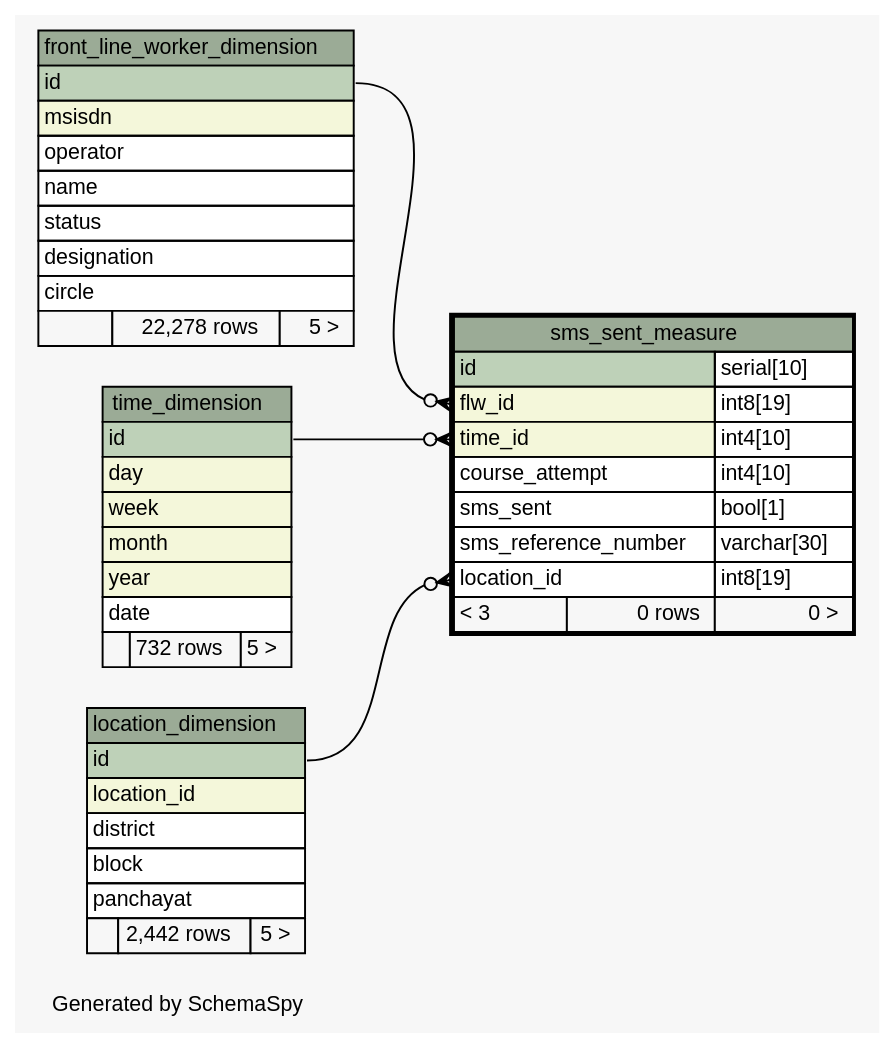
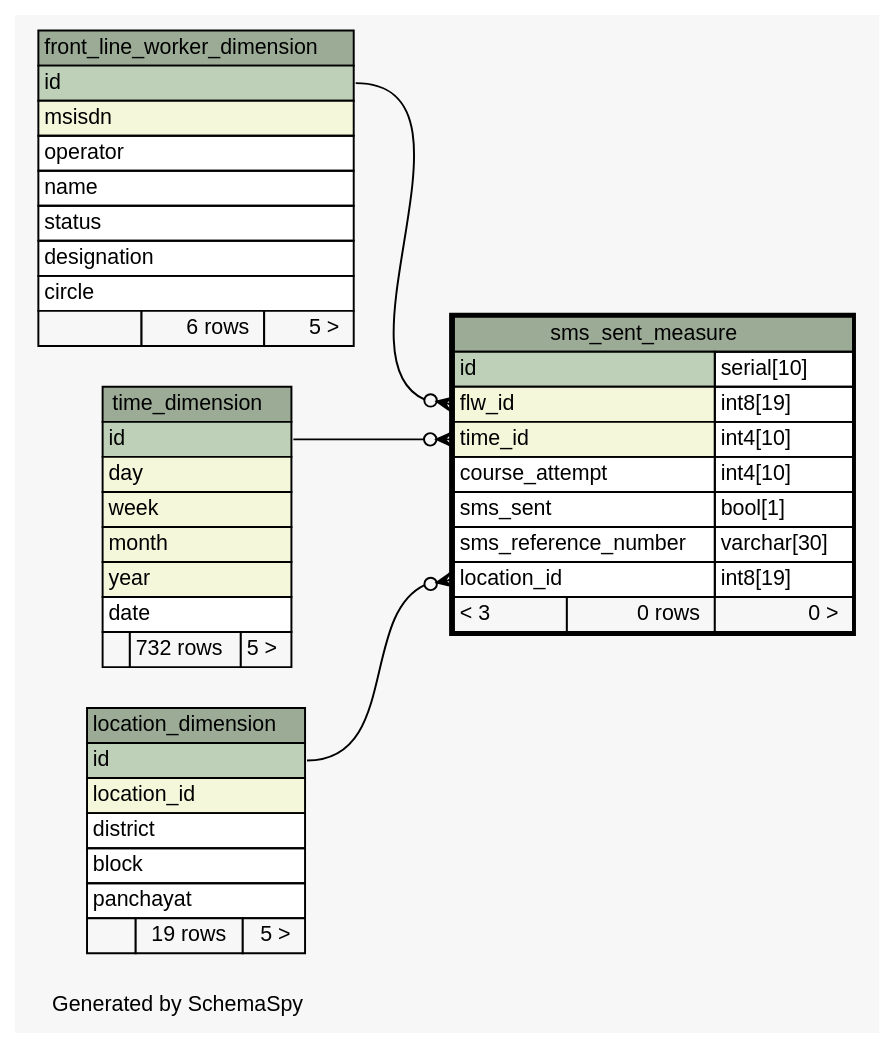
The diagram in ananya-report/build/schemaspy-output/diagrams/sms_sent_measure.1degree.dot (motech/ananya), drawn with Graphviz before and after one commit. The commit also changed 76 other files, not shown here.

```diff
--- a/ananya-report/build/schemaspy-output/diagrams/sms_sent_measure.1degree.dot
+++ b/ananya-report/build/schemaspy-output/diagrams/sms_sent_measure.1degree.dot
@@ -1,86 +1,86 @@
 // dot 2.26.3 on Linux 2.6.38-11-generic-pae
 // SchemaSpy rev 590
 digraph "oneDegreeRelationshipsDiagram" {
   graph [
     rankdir="RL"
     bgcolor="#f7f7f7"
     label="\nGenerated by SchemaSpy"
     labeljust="l"
     nodesep="0.18"
     ranksep="0.46"
     fontname="Helvetica"
     fontsize="11"
   ];
   node [
     fontname="Helvetica"
     fontsize="11"
     shape="plaintext"
   ];
   edge [
     arrowsize="0.8"
   ];
   "sms_sent_measure":"flw_id":w -> "front_line_worker_dimension":"id":e [arrowhead=none dir=back arrowtail=crowodot];
   "sms_sent_measure":"location_id":w -> "location_dimension":"id":e [arrowhead=none dir=back arrowtail=crowodot];
   "sms_sent_measure":"time_id":w -> "time_dimension":"id":e [arrowhead=none dir=back arrowtail=crowodot];
   "front_line_worker_dimension" [
     label=<
     <TABLE BORDER="0" CELLBORDER="1" CELLSPACING="0" BGCOLOR="#ffffff">
       <TR><TD COLSPAN="3" BGCOLOR="#9bab96" ALIGN="CENTER">front_line_worker_dimension</TD></TR>
       <TR><TD PORT="id" COLSPAN="3" BGCOLOR="#bed1b8" ALIGN="LEFT">id</TD></TR>
       <TR><TD PORT="msisdn" COLSPAN="3" BGCOLOR="#f4f7da" ALIGN="LEFT">msisdn</TD></TR>
       <TR><TD PORT="operator" COLSPAN="3" ALIGN="LEFT">operator</TD></TR>
       <TR><TD PORT="name" COLSPAN="3" ALIGN="LEFT">name</TD></TR>
       <TR><TD PORT="status" COLSPAN="3" ALIGN="LEFT">status</TD></TR>
       <TR><TD PORT="designation" COLSPAN="3" ALIGN="LEFT">designation</TD></TR>
       <TR><TD PORT="circle" COLSPAN="3" ALIGN="LEFT">circle</TD></TR>
-      <TR><TD ALIGN="LEFT" BGCOLOR="#f7f7f7">  </TD><TD ALIGN="RIGHT" BGCOLOR="#f7f7f7">22,278 rows</TD><TD ALIGN="RIGHT" BGCOLOR="#f7f7f7">5 &gt;</TD></TR>
+      <TR><TD ALIGN="LEFT" BGCOLOR="#f7f7f7">  </TD><TD ALIGN="RIGHT" BGCOLOR="#f7f7f7">6 rows</TD><TD ALIGN="RIGHT" BGCOLOR="#f7f7f7">5 &gt;</TD></TR>
     </TABLE>>
     URL="front_line_worker_dimension.html"
     tooltip="front_line_worker_dimension"
   ];
   "location_dimension" [
     label=<
     <TABLE BORDER="0" CELLBORDER="1" CELLSPACING="0" BGCOLOR="#ffffff">
       <TR><TD COLSPAN="3" BGCOLOR="#9bab96" ALIGN="CENTER">location_dimension</TD></TR>
       <TR><TD PORT="id" COLSPAN="3" BGCOLOR="#bed1b8" ALIGN="LEFT">id</TD></TR>
       <TR><TD PORT="location_id" COLSPAN="3" BGCOLOR="#f4f7da" ALIGN="LEFT">location_id</TD></TR>
       <TR><TD PORT="district" COLSPAN="3" ALIGN="LEFT">district</TD></TR>
       <TR><TD PORT="block" COLSPAN="3" ALIGN="LEFT">block</TD></TR>
       <TR><TD PORT="panchayat" COLSPAN="3" ALIGN="LEFT">panchayat</TD></TR>
-      <TR><TD ALIGN="LEFT" BGCOLOR="#f7f7f7">  </TD><TD ALIGN="RIGHT" BGCOLOR="#f7f7f7">2,442 rows</TD><TD ALIGN="RIGHT" BGCOLOR="#f7f7f7">5 &gt;</TD></TR>
+      <TR><TD ALIGN="LEFT" BGCOLOR="#f7f7f7">  </TD><TD ALIGN="RIGHT" BGCOLOR="#f7f7f7">19 rows</TD><TD ALIGN="RIGHT" BGCOLOR="#f7f7f7">5 &gt;</TD></TR>
     </TABLE>>
     URL="location_dimension.html"
     tooltip="location_dimension"
   ];
   "sms_sent_measure" [
     label=<
     <TABLE BORDER="2" CELLBORDER="1" CELLSPACING="0" BGCOLOR="#ffffff">
       <TR><TD COLSPAN="3" BGCOLOR="#9bab96" ALIGN="CENTER">sms_sent_measure</TD></TR>
       <TR><TD PORT="id" COLSPAN="2" BGCOLOR="#bed1b8" ALIGN="LEFT">id</TD><TD PORT="id.type" ALIGN="LEFT">serial[10]</TD></TR>
       <TR><TD PORT="flw_id" COLSPAN="2" BGCOLOR="#f4f7da" ALIGN="LEFT">flw_id</TD><TD PORT="flw_id.type" ALIGN="LEFT">int8[19]</TD></TR>
       <TR><TD PORT="time_id" COLSPAN="2" BGCOLOR="#f4f7da" ALIGN="LEFT">time_id</TD><TD PORT="time_id.type" ALIGN="LEFT">int4[10]</TD></TR>
       <TR><TD PORT="course_attempt" COLSPAN="2" ALIGN="LEFT">course_attempt</TD><TD PORT="course_attempt.type" ALIGN="LEFT">int4[10]</TD></TR>
       <TR><TD PORT="sms_sent" COLSPAN="2" ALIGN="LEFT">sms_sent</TD><TD PORT="sms_sent.type" ALIGN="LEFT">bool[1]</TD></TR>
       <TR><TD PORT="sms_reference_number" COLSPAN="2" ALIGN="LEFT">sms_reference_number</TD><TD PORT="sms_reference_number.type" ALIGN="LEFT">varchar[30]</TD></TR>
       <TR><TD PORT="location_id" COLSPAN="2" ALIGN="LEFT">location_id</TD><TD PORT="location_id.type" ALIGN="LEFT">int8[19]</TD></TR>
       <TR><TD ALIGN="LEFT" BGCOLOR="#f7f7f7">&lt; 3</TD><TD ALIGN="RIGHT" BGCOLOR="#f7f7f7">0 rows</TD><TD ALIGN="RIGHT" BGCOLOR="#f7f7f7">0 &gt;</TD></TR>
     </TABLE>>
     URL="sms_sent_measure.html"
     tooltip="sms_sent_measure"
   ];
   "time_dimension" [
     label=<
     <TABLE BORDER="0" CELLBORDER="1" CELLSPACING="0" BGCOLOR="#ffffff">
       <TR><TD COLSPAN="3" BGCOLOR="#9bab96" ALIGN="CENTER">time_dimension</TD></TR>
       <TR><TD PORT="id" COLSPAN="3" BGCOLOR="#bed1b8" ALIGN="LEFT">id</TD></TR>
       <TR><TD PORT="day" COLSPAN="3" BGCOLOR="#f4f7da" ALIGN="LEFT">day</TD></TR>
       <TR><TD PORT="week" COLSPAN="3" BGCOLOR="#f4f7da" ALIGN="LEFT">week</TD></TR>
       <TR><TD PORT="month" COLSPAN="3" BGCOLOR="#f4f7da" ALIGN="LEFT">month</TD></TR>
       <TR><TD PORT="year" COLSPAN="3" BGCOLOR="#f4f7da" ALIGN="LEFT">year</TD></TR>
       <TR><TD PORT="date" COLSPAN="3" ALIGN="LEFT">date</TD></TR>
       <TR><TD ALIGN="LEFT" BGCOLOR="#f7f7f7">  </TD><TD ALIGN="RIGHT" BGCOLOR="#f7f7f7">732 rows</TD><TD ALIGN="RIGHT" BGCOLOR="#f7f7f7">5 &gt;</TD></TR>
     </TABLE>>
     URL="time_dimension.html"
     tooltip="time_dimension"
   ];
 }
```
